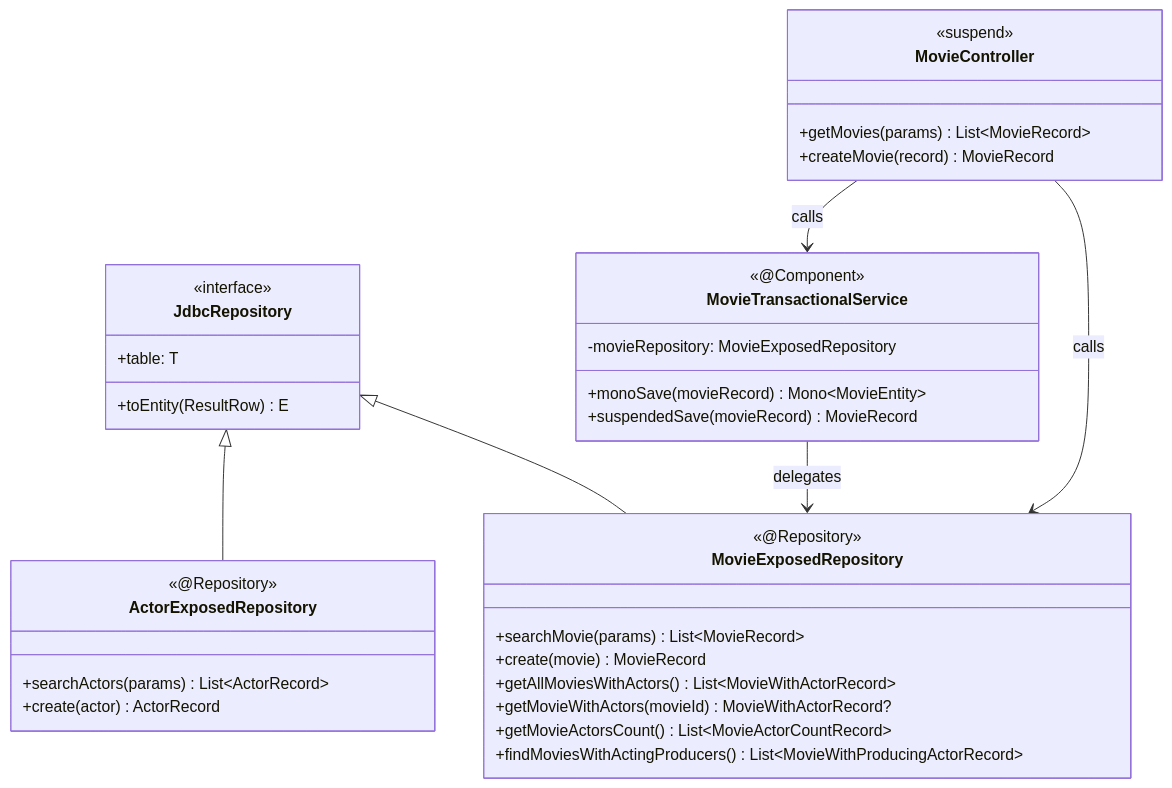
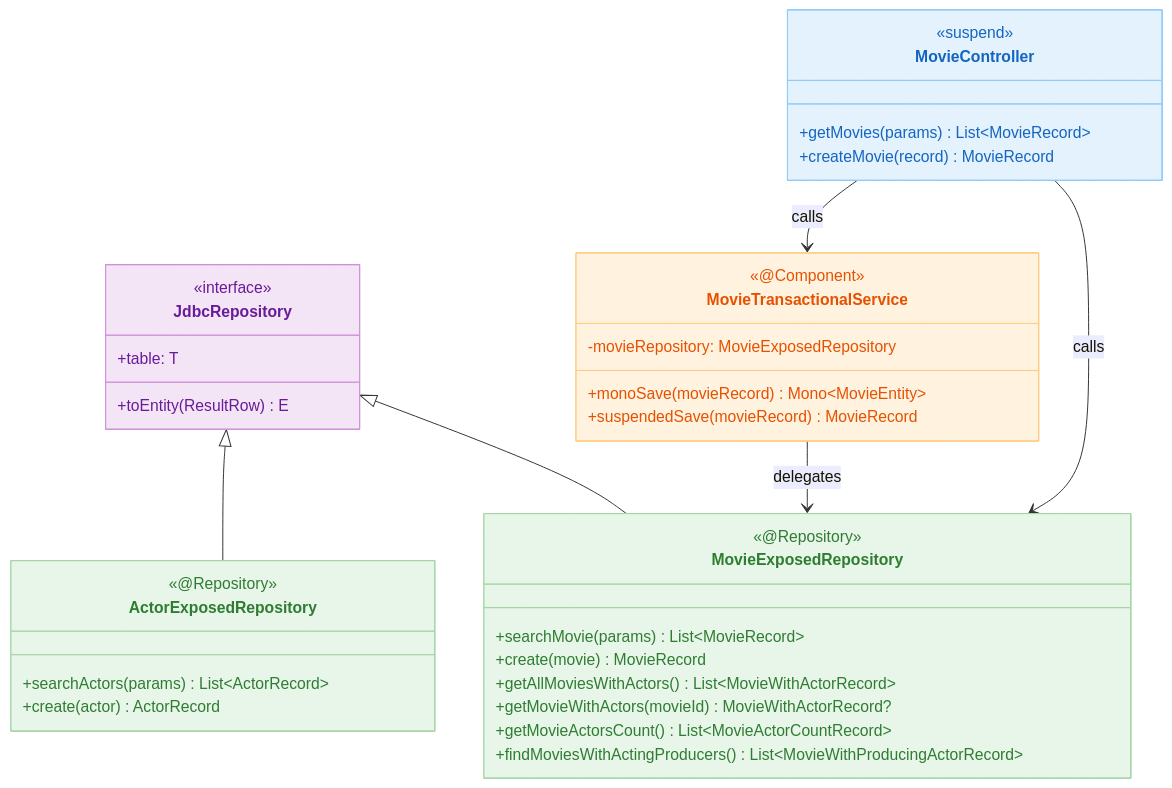
Before and after one commit to bluetape4k/exposed-workshop: the second of 3 diagrams in 09-spring/05-exposed-repository-coroutines/README.md, drawn with Mermaid. The commit also changed 56 other files, not shown here.

First line of the commit message:
docs: 전체 README mermaid 다이어그램에 파스텔 톤 색상 적용

````diff
--- a/09-spring/05-exposed-repository-coroutines/README.md
+++ b/09-spring/05-exposed-repository-coroutines/README.md
@@ -46,39 +46,45 @@
 ```mermaid
 classDiagram
     class JdbcRepository {
         <<interface>>
         +table: T
         +toEntity(ResultRow) E
     }
     class MovieExposedRepository {
         <<@Repository>>
         +searchMovie(params) List~MovieRecord~
         +create(movie) MovieRecord
         +getAllMoviesWithActors() List~MovieWithActorRecord~
         +getMovieWithActors(movieId) MovieWithActorRecord?
         +getMovieActorsCount() List~MovieActorCountRecord~
         +findMoviesWithActingProducers() List~MovieWithProducingActorRecord~
     }
     class ActorExposedRepository {
         <<@Repository>>
         +searchActors(params) List~ActorRecord~
         +create(actor) ActorRecord
     }
     class MovieTransactionalService {
         <<@Component>>
         -movieRepository: MovieExposedRepository
         +monoSave(movieRecord) Mono~MovieEntity~
         +suspendedSave(movieRecord) MovieRecord
     }
     class MovieController {
         <<suspend>>
         +getMovies(params) List~MovieRecord~
         +createMovie(record) MovieRecord
     }
 
     JdbcRepository <|-- MovieExposedRepository
     JdbcRepository <|-- ActorExposedRepository
     MovieTransactionalService --> MovieExposedRepository : delegates
     MovieController --> MovieExposedRepository : calls
     MovieController --> MovieTransactionalService : calls
+
+    style JdbcRepository fill:#F3E5F5,stroke:#CE93D8,color:#6A1B9A
+    style MovieExposedRepository fill:#E8F5E9,stroke:#A5D6A7,color:#2E7D32
+    style ActorExposedRepository fill:#E8F5E9,stroke:#A5D6A7,color:#2E7D32
+    style MovieTransactionalService fill:#FFF3E0,stroke:#FFCC80,color:#E65100
+    style MovieController fill:#E3F2FD,stroke:#90CAF9,color:#1565C0
 ```
````
